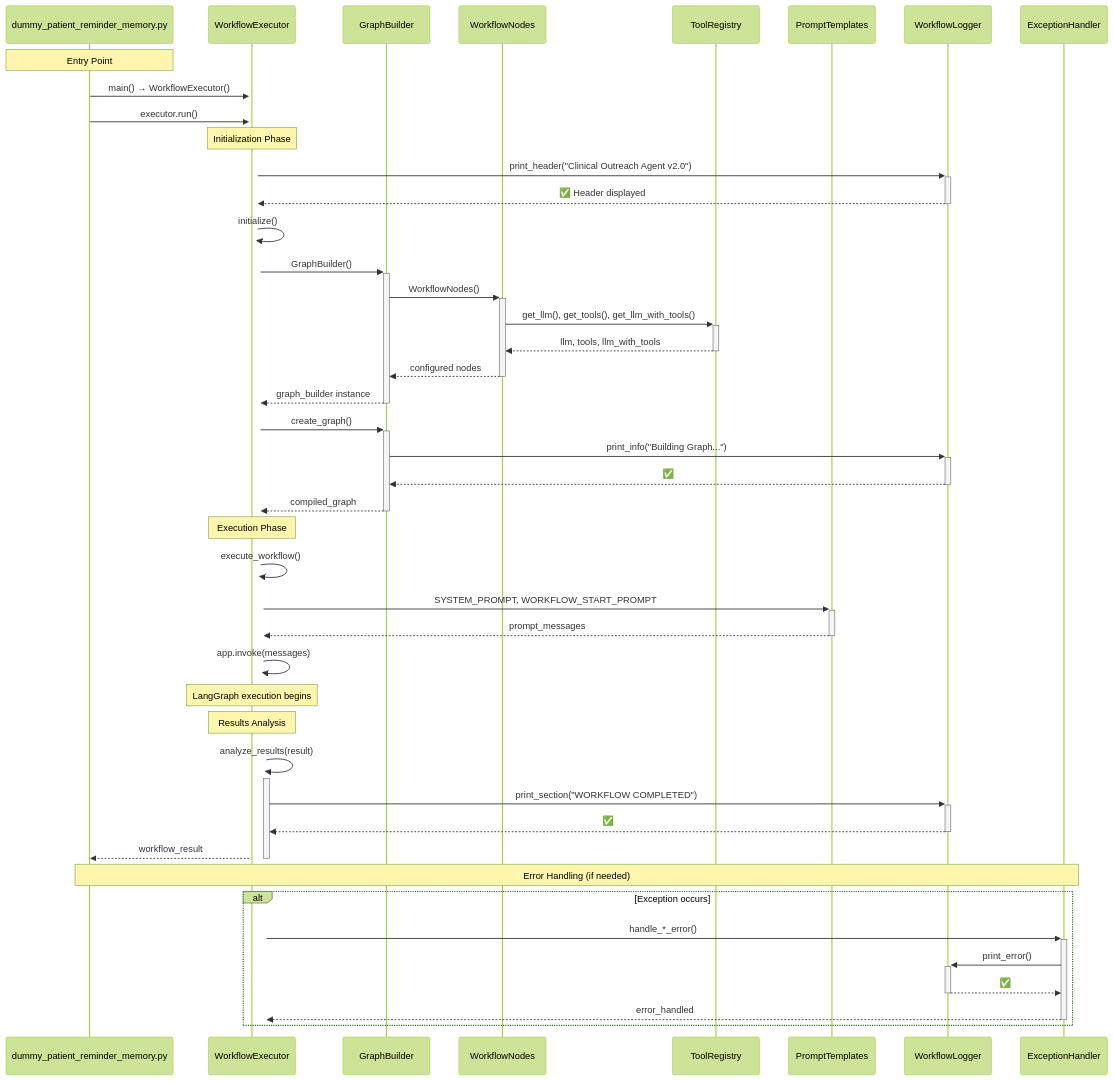
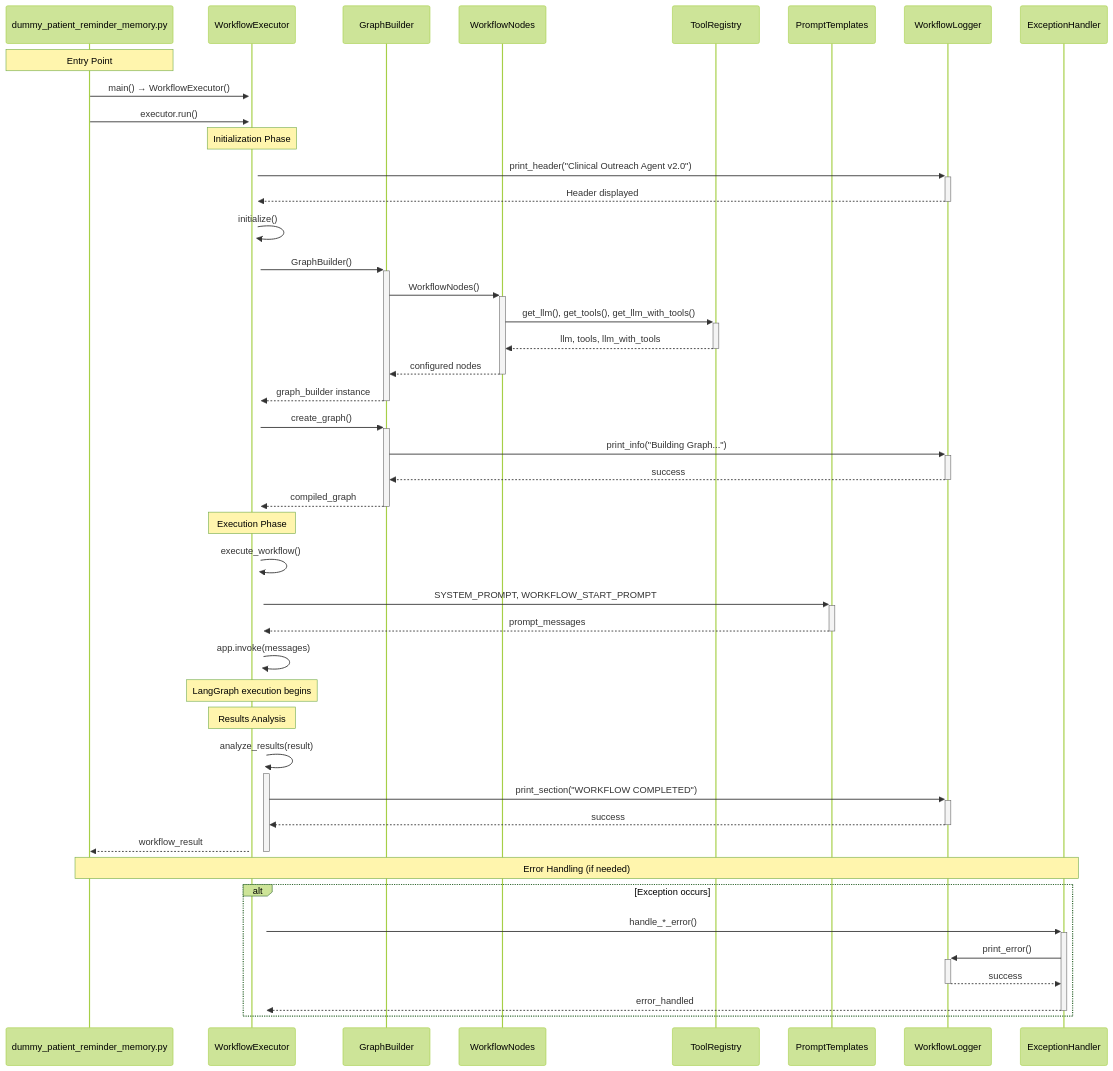
Before and after one commit to priyankmundragmail/clinical-outreach-agent: the diagram in docs/sequence-diagrams/01-system-overview.md, drawn with Mermaid (forest theme). The commit also changed 3 other files, not shown here.

Commit message:
fixed mermaid issues

````diff
--- a/docs/sequence-diagrams/01-system-overview.md
+++ b/docs/sequence-diagrams/01-system-overview.md
@@ -5,55 +5,55 @@
 ```mermaid
 sequenceDiagram
     participant Main as dummy_patient_reminder_memory.py
     participant Executor as WorkflowExecutor
     participant GraphBuilder as GraphBuilder
     participant Nodes as WorkflowNodes
     participant ToolRegistry as ToolRegistry
     participant Prompts as PromptTemplates
     participant Logger as WorkflowLogger
     participant ExceptionHandler as ExceptionHandler
 
     Note over Main: Entry Point
     Main->>+Executor: main() → WorkflowExecutor()
     Main->>+Executor: executor.run()
 
     Note over Executor: Initialization Phase
     Executor->>+Logger: print_header("Clinical Outreach Agent v2.0")
-    Logger-->>-Executor: ✅ Header displayed
+    Logger-->>-Executor: Header displayed
     
     Executor->>+Executor: initialize()
     Executor->>+GraphBuilder: GraphBuilder()
     GraphBuilder->>+Nodes: WorkflowNodes()
     Nodes->>+ToolRegistry: get_llm(), get_tools(), get_llm_with_tools()
     ToolRegistry-->>-Nodes: llm, tools, llm_with_tools
     Nodes-->>-GraphBuilder: configured nodes
     GraphBuilder-->>-Executor: graph_builder instance
     
     Executor->>+GraphBuilder: create_graph()
     GraphBuilder->>+Logger: print_info("Building Graph...")
-    Logger-->>-GraphBuilder: ✅
+    Logger-->>-GraphBuilder: success
     GraphBuilder-->>-Executor: compiled_graph
     
     Note over Executor: Execution Phase
     Executor->>+Executor: execute_workflow()
     Executor->>+Prompts: SYSTEM_PROMPT, WORKFLOW_START_PROMPT
     Prompts-->>-Executor: prompt_messages
     
     Executor->>+Executor: app.invoke(messages)
     Note over Executor: LangGraph execution begins
     
     Note over Executor: Results Analysis
     Executor->>+Executor: analyze_results(result)
     Executor->>+Logger: print_section("WORKFLOW COMPLETED")
-    Logger-->>-Executor: ✅
+    Logger-->>-Executor: success
     
     Executor-->>-Main: workflow_result
     
     Note over Main,ExceptionHandler: Error Handling (if needed)
     alt Exception occurs
         Executor->>+ExceptionHandler: handle_*_error()
         ExceptionHandler->>+Logger: print_error()
-        Logger-->>-ExceptionHandler: ✅
+        Logger-->>-ExceptionHandler: success
         ExceptionHandler-->>-Executor: error_handled
     end
 ```
````
